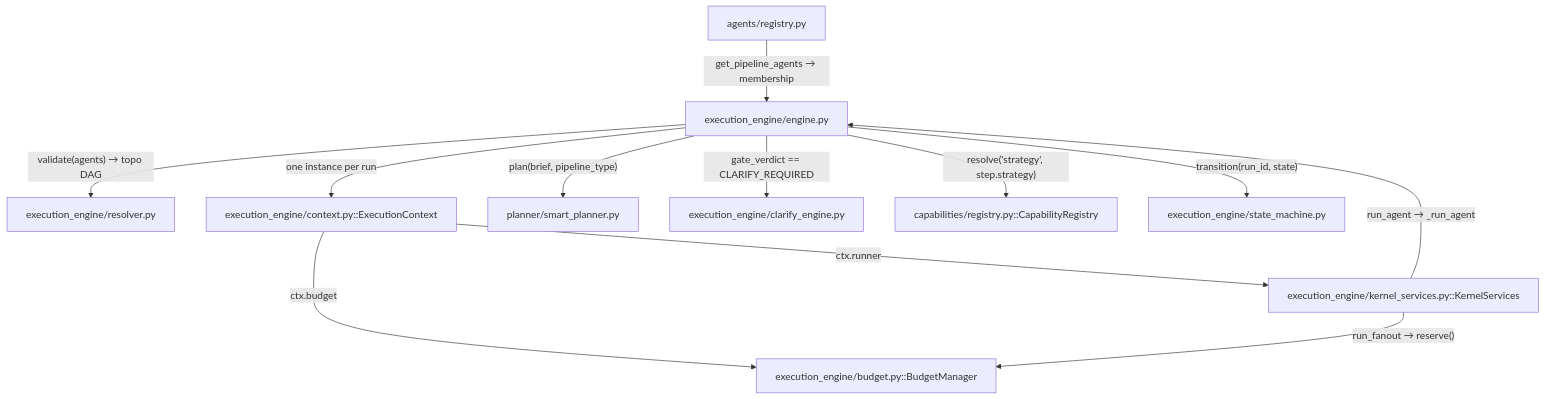
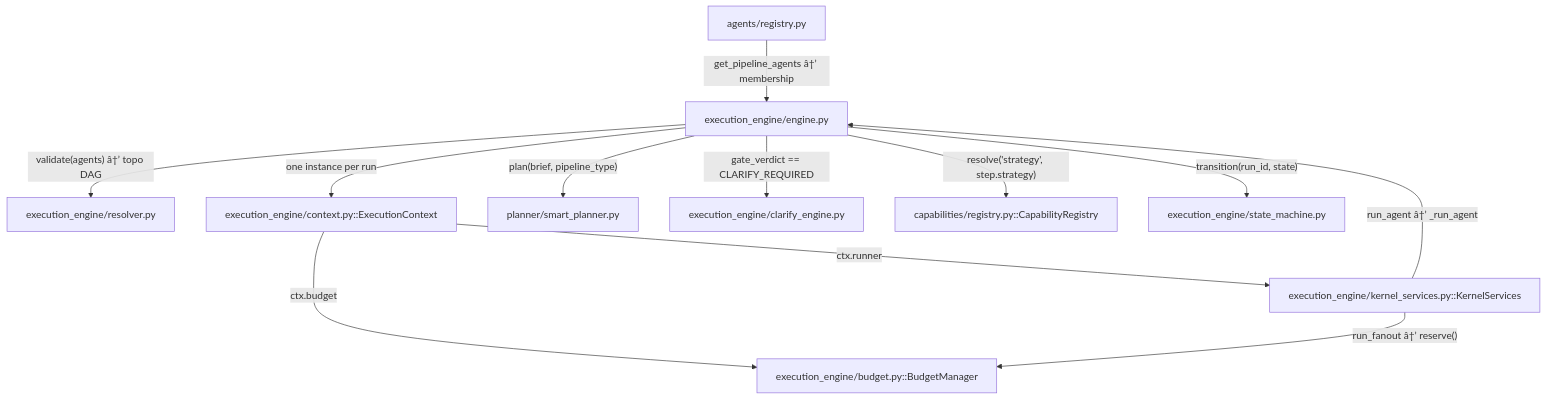
Before and after one commit to prateek-sinha7/IdeaFlowAI: the ninth of 16 diagrams in .knowledge/ARCHITECTURE.md, drawn with Mermaid. The commit also changed other lines of this file and 791 other files, not shown here.

````diff
--- a/.knowledge/ARCHITECTURE.md
+++ b/.knowledge/ARCHITECTURE.md
@@ -277,25 +292,25 @@
 ```mermaid
 flowchart TD
     reg["agents/registry.py"]
     resolver["execution_engine/resolver.py"]
     engine["execution_engine/engine.py"]
     ectx["execution_engine/context.py::ExecutionContext"]
     planner["planner/smart_planner.py"]
     clarify["execution_engine/clarify_engine.py"]
     services["execution_engine/kernel_services.py::KernelServices"]
     caps["capabilities/registry.py::CapabilityRegistry"]
     budget["execution_engine/budget.py::BudgetManager"]
     state["execution_engine/state_machine.py"]
 
-    reg -->|"get_pipeline_agents → membership"| engine
-    engine -->|"validate(agents) → topo DAG"| resolver
+    reg -->|"get_pipeline_agents â†’ membership"| engine
+    engine -->|"validate(agents) â†’ topo DAG"| resolver
     engine -->|"one instance per run"| ectx
     engine -->|"plan(brief, pipeline_type)"| planner
     engine -->|"gate_verdict == CLARIFY_REQUIRED"| clarify
     engine -->|"resolve('strategy', step.strategy)"| caps
     engine -->|"transition(run_id, state)"| state
     ectx -->|"ctx.runner"| services
     ectx -->|"ctx.budget"| budget
-    services -->|"run_agent → _run_agent"| engine
-    services -->|"run_fanout → reserve()"| budget
+    services -->|"run_agent â†’ _run_agent"| engine
+    services -->|"run_fanout â†’ reserve()"| budget
 ```
````
